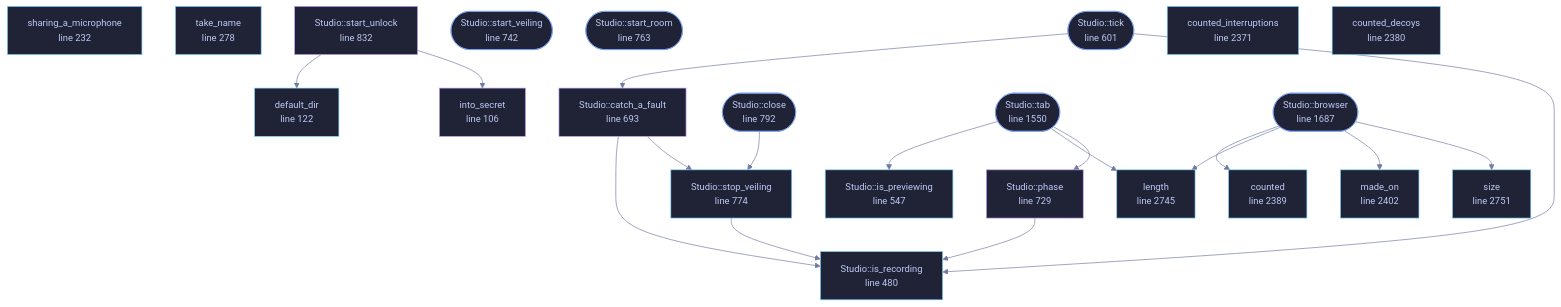
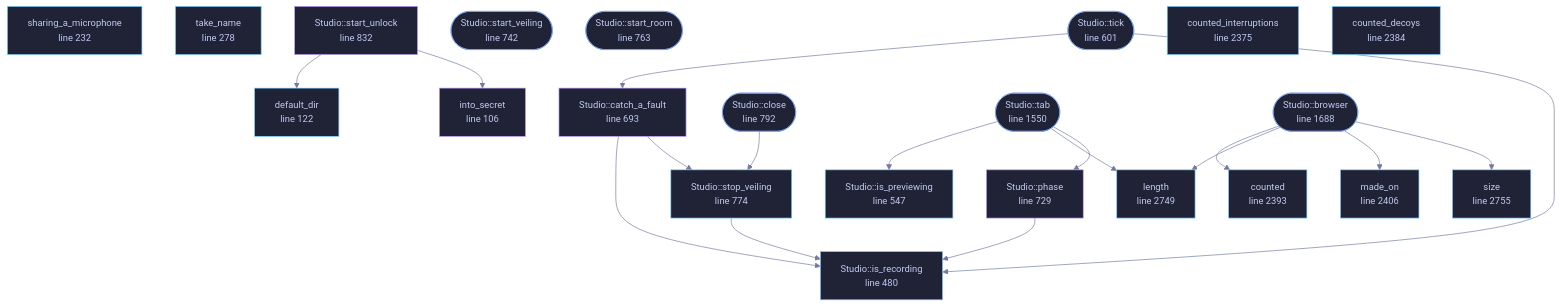
Before and after one commit to tilas01/veilvoice: the diagram in docs/files/veilvoice-gui/studio.md, drawn with Mermaid. The commit also changed other lines of this file and 92 other files, not shown here.

````diff
--- a/docs/files/veilvoice-gui/studio.md
+++ b/docs/files/veilvoice-gui/studio.md
@@ -192,70 +192,70 @@
 ```mermaid
 %%{init: {"theme":"base","themeVariables":{"background":"#1a1b26","primaryColor":"#1f2335","primaryTextColor":"#c0caf5","primaryBorderColor":"#7aa2f7","secondaryColor":"#16161e","tertiaryColor":"#16161e","lineColor":"#737aa2","textColor":"#c0caf5","mainBkg":"#1f2335","nodeBorder":"#7aa2f7","clusterBkg":"#16161e","clusterBorder":"#2f3549","fontFamily":"ui-monospace, SFMono-Regular, Consolas, monospace","fontSize":"14px"}}}%%
 flowchart TD
     n_into_secret["into_secret<br/>line 106"]
     n_default_dir["default_dir<br/>line 122"]
     n_sharing_a_microphone["sharing_a_microphone<br/>line 232"]
     n_take_name["take_name<br/>line 278"]
     n_is_recording["Studio::is_recording<br/>line 480"]
     n_is_previewing["Studio::is_previewing<br/>line 547"]
     n_tick(["Studio::tick<br/>line 601"])
     n_catch_a_fault["Studio::catch_a_fault<br/>line 693"]
     n_phase["Studio::phase<br/>line 729"]
     n_start_veiling(["Studio::start_veiling<br/>line 742"])
     n_start_room(["Studio::start_room<br/>line 763"])
     n_stop_veiling["Studio::stop_veiling<br/>line 774"]
     n_close(["Studio::close<br/>line 792"])
     n_start_unlock["Studio::start_unlock<br/>line 832"]
     n_tab(["Studio::tab<br/>line 1550"])
-    n_browser(["Studio::browser<br/>line 1687"])
-    n_counted_interruptions["counted_interruptions<br/>line 2371"]
-    n_counted_decoys["counted_decoys<br/>line 2380"]
-    n_counted["counted<br/>line 2389"]
-    n_made_on["made_on<br/>line 2402"]
-    n_length["length<br/>line 2745"]
-    n_size["size<br/>line 2751"]
+    n_browser(["Studio::browser<br/>line 1688"])
+    n_counted_interruptions["counted_interruptions<br/>line 2375"]
+    n_counted_decoys["counted_decoys<br/>line 2384"]
+    n_counted["counted<br/>line 2393"]
+    n_made_on["made_on<br/>line 2406"]
+    n_length["length<br/>line 2749"]
+    n_size["size<br/>line 2755"]
     n_browser --> n_counted
     n_browser --> n_length
     n_browser --> n_made_on
     n_browser --> n_size
     n_catch_a_fault --> n_is_recording
     n_catch_a_fault --> n_stop_veiling
     n_close --> n_stop_veiling
     n_phase --> n_is_recording
     n_start_unlock --> n_default_dir
     n_start_unlock --> n_into_secret
     n_stop_veiling --> n_is_recording
     n_tab --> n_is_previewing
     n_tab --> n_length
     n_tab --> n_phase
     n_tick --> n_catch_a_fault
     n_tick --> n_is_recording
     click n_into_secret href "https://github.com/tilas01/veilvoice/blob/main/crates/veilvoice-gui/src/studio.rs#L106" "open the source"
     click n_default_dir href "https://github.com/tilas01/veilvoice/blob/main/crates/veilvoice-gui/src/studio.rs#L122" "open the source"
     click n_sharing_a_microphone href "https://github.com/tilas01/veilvoice/blob/main/crates/veilvoice-gui/src/studio.rs#L232" "open the source"
     click n_take_name href "https://github.com/tilas01/veilvoice/blob/main/crates/veilvoice-gui/src/studio.rs#L278" "open the source"
     click n_is_recording href "https://github.com/tilas01/veilvoice/blob/main/crates/veilvoice-gui/src/studio.rs#L480" "open the source"
     click n_is_previewing href "https://github.com/tilas01/veilvoice/blob/main/crates/veilvoice-gui/src/studio.rs#L547" "open the source"
     click n_tick href "https://github.com/tilas01/veilvoice/blob/main/crates/veilvoice-gui/src/studio.rs#L601" "open the source"
     click n_catch_a_fault href "https://github.com/tilas01/veilvoice/blob/main/crates/veilvoice-gui/src/studio.rs#L693" "open the source"
     click n_phase href "https://github.com/tilas01/veilvoice/blob/main/crates/veilvoice-gui/src/studio.rs#L729" "open the source"
     click n_start_veiling href "https://github.com/tilas01/veilvoice/blob/main/crates/veilvoice-gui/src/studio.rs#L742" "open the source"
     click n_start_room href "https://github.com/tilas01/veilvoice/blob/main/crates/veilvoice-gui/src/studio.rs#L763" "open the source"
     click n_stop_veiling href "https://github.com/tilas01/veilvoice/blob/main/crates/veilvoice-gui/src/studio.rs#L774" "open the source"
     click n_close href "https://github.com/tilas01/veilvoice/blob/main/crates/veilvoice-gui/src/studio.rs#L792" "open the source"
     click n_start_unlock href "https://github.com/tilas01/veilvoice/blob/main/crates/veilvoice-gui/src/studio.rs#L832" "open the source"
     click n_tab href "https://github.com/tilas01/veilvoice/blob/main/crates/veilvoice-gui/src/studio.rs#L1550" "open the source"
-    click n_browser href "https://github.com/tilas01/veilvoice/blob/main/crates/veilvoice-gui/src/studio.rs#L1687" "open the source"
-    click n_counted_interruptions href "https://github.com/tilas01/veilvoice/blob/main/crates/veilvoice-gui/src/studio.rs#L2371" "open the source"
-    click n_counted_decoys href "https://github.com/tilas01/veilvoice/blob/main/crates/veilvoice-gui/src/studio.rs#L2380" "open the source"
-    click n_counted href "https://github.com/tilas01/veilvoice/blob/main/crates/veilvoice-gui/src/studio.rs#L2389" "open the source"
-    click n_made_on href "https://github.com/tilas01/veilvoice/blob/main/crates/veilvoice-gui/src/studio.rs#L2402" "open the source"
-    click n_length href "https://github.com/tilas01/veilvoice/blob/main/crates/veilvoice-gui/src/studio.rs#L2745" "open the source"
-    click n_size href "https://github.com/tilas01/veilvoice/blob/main/crates/veilvoice-gui/src/studio.rs#L2751" "open the source"
+    click n_browser href "https://github.com/tilas01/veilvoice/blob/main/crates/veilvoice-gui/src/studio.rs#L1688" "open the source"
+    click n_counted_interruptions href "https://github.com/tilas01/veilvoice/blob/main/crates/veilvoice-gui/src/studio.rs#L2375" "open the source"
+    click n_counted_decoys href "https://github.com/tilas01/veilvoice/blob/main/crates/veilvoice-gui/src/studio.rs#L2384" "open the source"
+    click n_counted href "https://github.com/tilas01/veilvoice/blob/main/crates/veilvoice-gui/src/studio.rs#L2393" "open the source"
+    click n_made_on href "https://github.com/tilas01/veilvoice/blob/main/crates/veilvoice-gui/src/studio.rs#L2406" "open the source"
+    click n_length href "https://github.com/tilas01/veilvoice/blob/main/crates/veilvoice-gui/src/studio.rs#L2749" "open the source"
+    click n_size href "https://github.com/tilas01/veilvoice/blob/main/crates/veilvoice-gui/src/studio.rs#L2755" "open the source"
     classDef entry fill:#1f2335,stroke:#7aa2f7,color:#c0caf5
     class n_tick,n_start_veiling,n_start_room,n_close,n_tab,n_browser entry
     classDef api fill:#1f2335,stroke:#7dcfff,color:#c0caf5
     class n_default_dir,n_sharing_a_microphone,n_take_name,n_is_recording,n_is_previewing,n_stop_veiling,n_counted_interruptions,n_counted_decoys,n_counted,n_made_on,n_length,n_size api
     classDef helper fill:#1f2335,stroke:#bb9af7,color:#c0caf5
     class n_into_secret,n_catch_a_fault,n_phase,n_start_unlock helper
 ```
````
